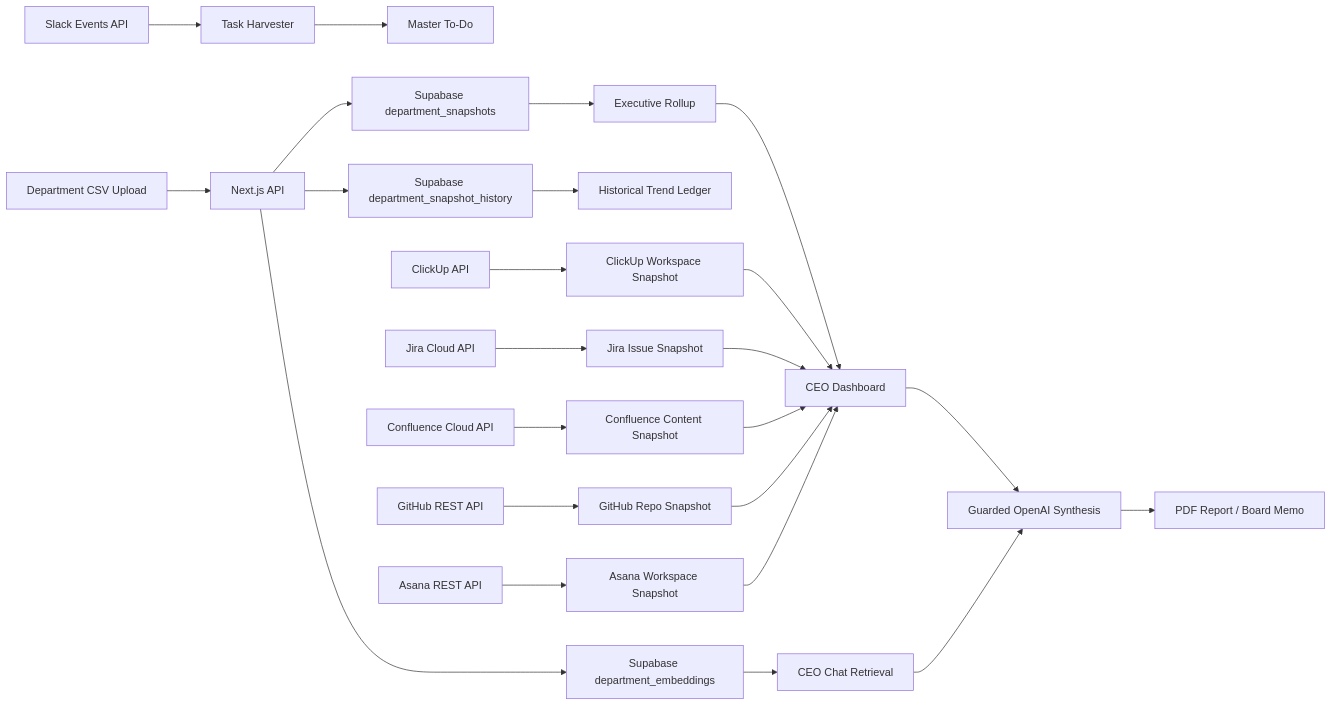
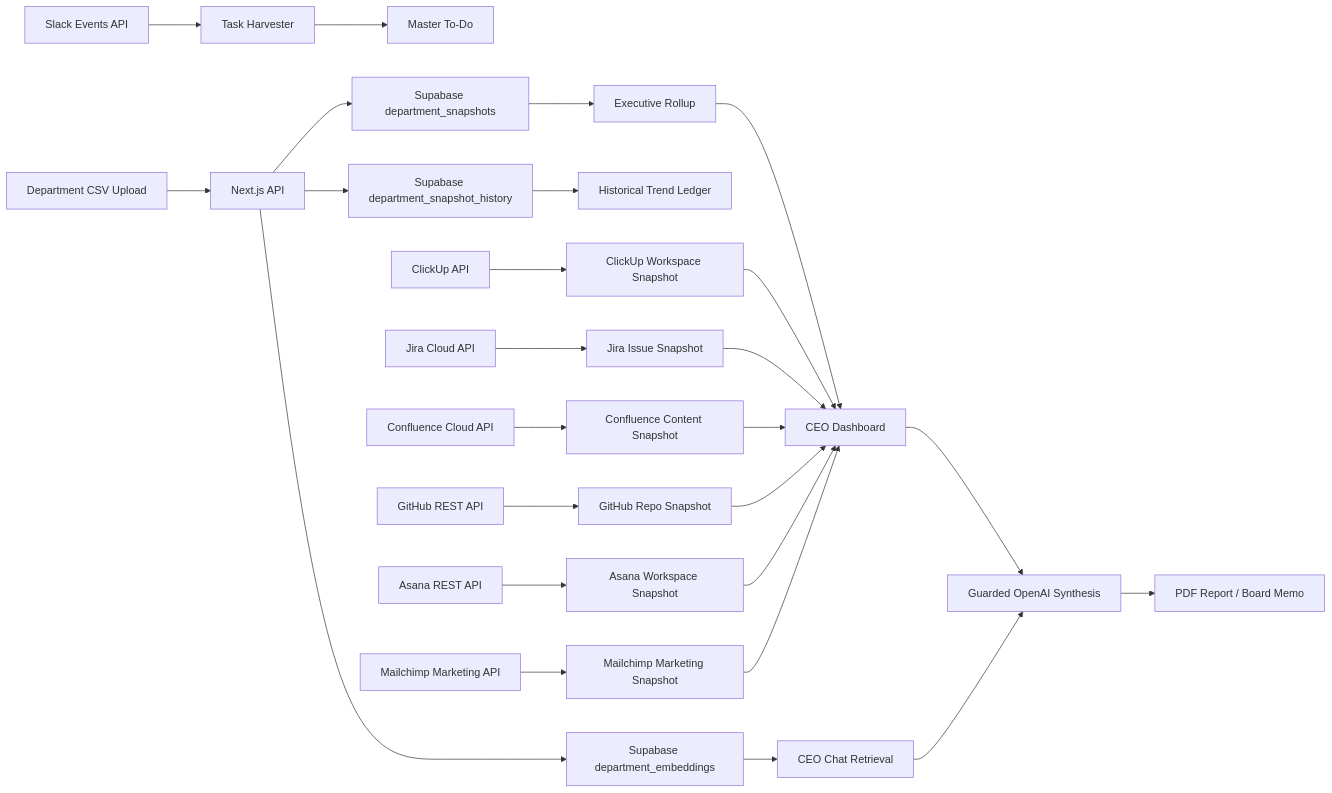
The diagram in README.md (suhasbhairav/ai-chief-of-staff), drawn with Mermaid before and after one commit. The commit also changed other lines of this file and 11 other files, not shown here.

````diff
--- a/README.md
+++ b/README.md
@@ -343,26 +347,28 @@
 ```mermaid
 flowchart LR
   A[Department CSV Upload] --> B[Next.js API]
   B --> C[Supabase department_snapshots]
   B --> D[Supabase department_snapshot_history]
   B --> M[Supabase department_embeddings]
   C --> E[Executive Rollup]
   D --> F[Historical Trend Ledger]
   M --> N[CEO Chat Retrieval]
   E --> G[CEO Dashboard]
   G --> H[Guarded OpenAI Synthesis]
   N --> H
   H --> I[PDF Report / Board Memo]
   J[Slack Events API] --> K[Task Harvester]
   K --> L[Master To-Do]
   O[ClickUp API] --> P[ClickUp Workspace Snapshot]
   P --> G
   Q[Jira Cloud API] --> R[Jira Issue Snapshot]
   S[Confluence Cloud API] --> T[Confluence Content Snapshot]
   U[GitHub REST API] --> V[GitHub Repo Snapshot]
   W[Asana REST API] --> X[Asana Workspace Snapshot]
+  Y[Mailchimp Marketing API] --> Z[Mailchimp Marketing Snapshot]
   R --> G
   T --> G
   V --> G
   X --> G
+  Z --> G
 ```
````
